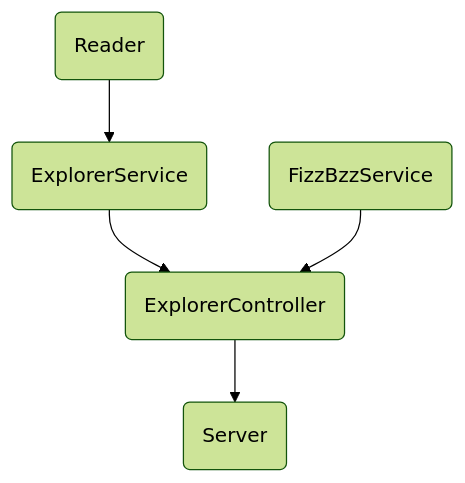
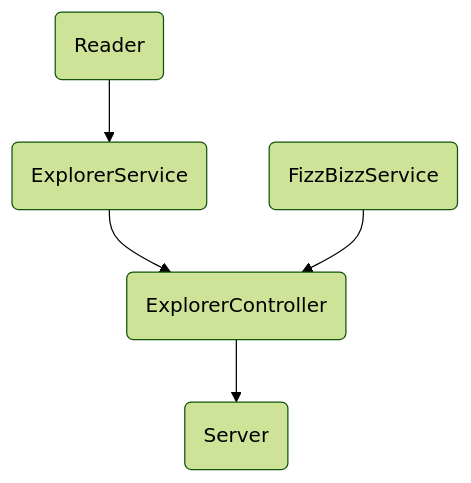
The fourth of 4 diagrams in readme.md (EslebanPerez/FizzBuzz), drawn with Mermaid (forest theme) before and after one commit. The commit also changed other lines of this file and 3 other files, not shown here.

````diff
--- a/readme.md
+++ b/readme.md
@@ -35,7 +36,7 @@
 ``` mermaid
     flowchart 
     A(Reader) --> B(ExplorerService)
     B(ExplorerService) --> D(ExplorerController)
-    C(FizzBzzService) --> D(ExplorerController)
+    C(FizzBizzService) --> D(ExplorerController)
     D(ExplorerController) --> E(Server)
 ```
````
